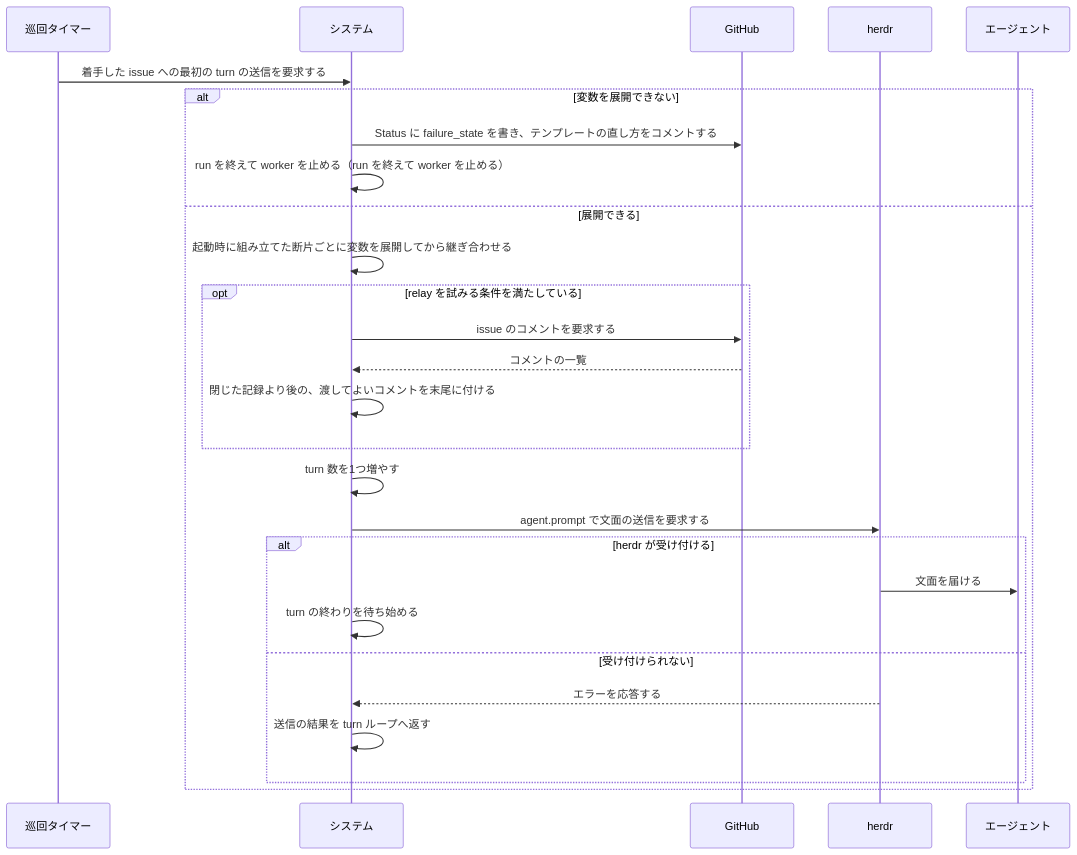
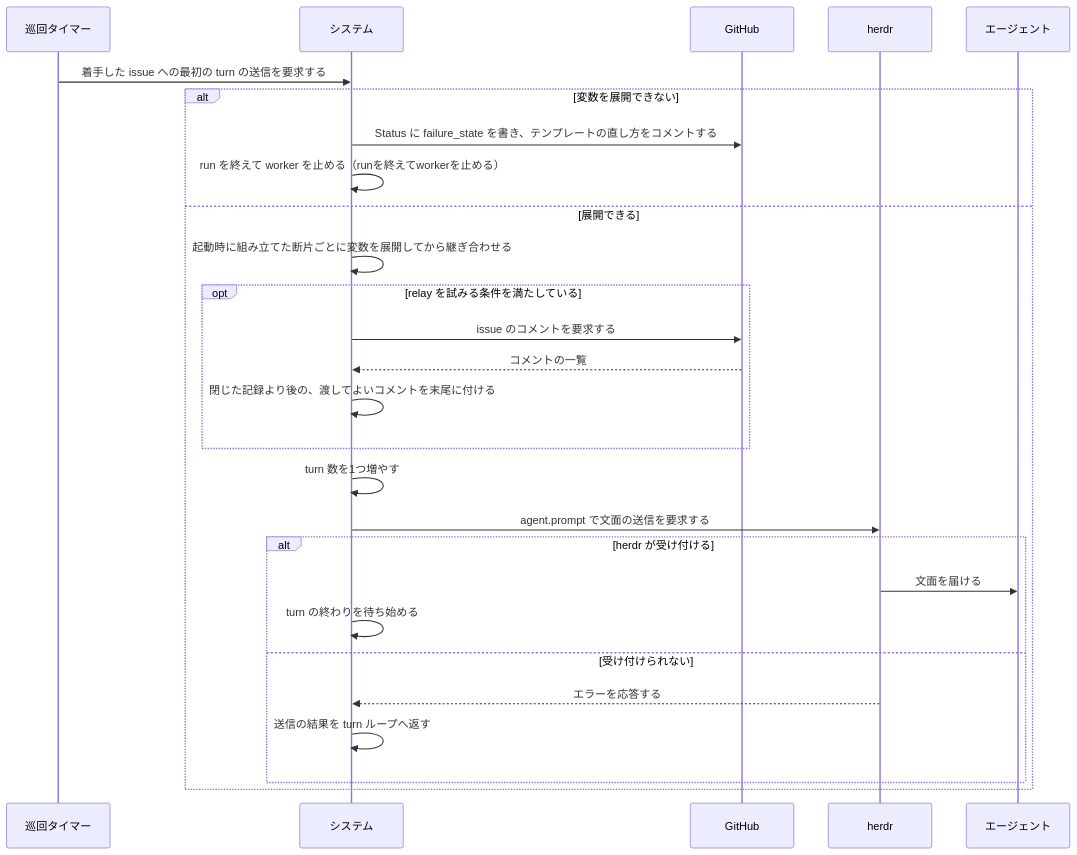
Before and after one commit to maimuzo/continuo: the first of 2 diagrams in docs/spec/usecases/particular_case/指示書の文面を組み立てて送る.rucm.md, drawn with Mermaid. The commit also changed other lines of this file and 220 other files, not shown here.

````diff
--- a/docs/spec/usecases/particular_case/指示書の文面を組み立てて送る.rucm.md
+++ b/docs/spec/usecases/particular_case/指示書の文面を組み立てて送る.rucm.md
@@ -150,30 +150,30 @@
 ```mermaid
 sequenceDiagram
     participant T as 巡回タイマー
     participant S as システム
     participant GH as GitHub
     participant H as herdr
     participant CC as エージェント
 
     T->>S: 着手した issue への最初の turn の送信を要求する
     alt 変数を展開できない
         S->>GH: Status に failure_state を書き、テンプレートの直し方をコメントする
-        S->>S: run を終えて worker を止める（run を終えて worker を止める）
+        S->>S: run を終えて worker を止める（runを終えてworkerを止める）
     else 展開できる
         S->>S: 起動時に組み立てた断片ごとに変数を展開してから継ぎ合わせる
         opt relay を試みる条件を満たしている
             S->>GH: issue のコメントを要求する
             GH-->>S: コメントの一覧
             S->>S: 閉じた記録より後の、渡してよいコメントを末尾に付ける
         end
         S->>S: turn 数を1つ増やす
         S->>H: agent.prompt で文面の送信を要求する
         alt herdr が受け付ける
             H->>CC: 文面を届ける
             S->>S: turn の終わりを待ち始める
         else 受け付けられない
             H-->>S: エラーを応答する
             S->>S: 送信の結果を turn ループへ返す
         end
     end
 ```
````
